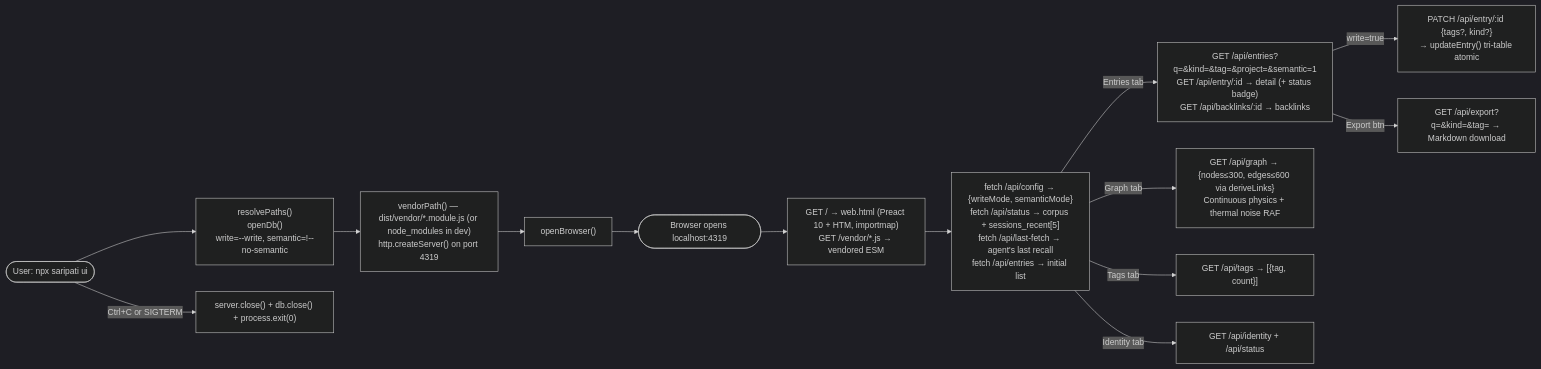
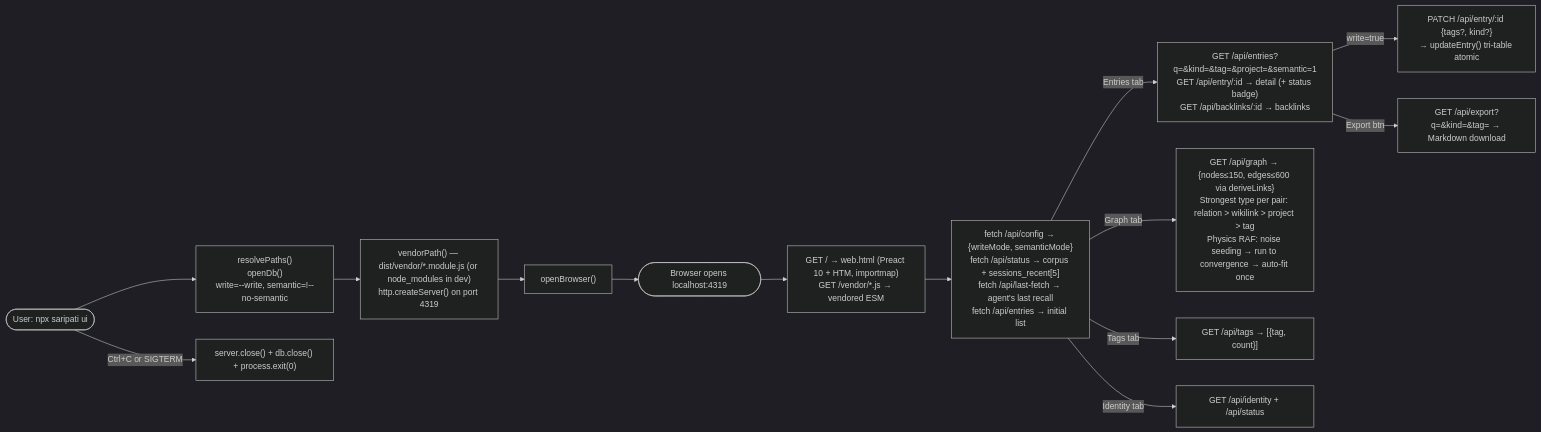
Before and after one commit to kyouscireul/saripati: the ninth of 9 diagrams in docs/lifecycle.md, drawn with Mermaid (dark theme). The commit also changed 9 other files, not shown here.

````diff
--- a/docs/lifecycle.md
+++ b/docs/lifecycle.md
@@ -241,18 +241,18 @@
 ```mermaid
 flowchart LR
     A([User: npx saripati ui]) --> B["resolvePaths()\nopenDb()\nwrite=--write, semantic=!--no-semantic"]
     B --> C["vendorPath() — dist/vendor/*.module.js (or node_modules in dev)\nhttp.createServer() on port 4319"]
     C --> D["openBrowser()"]
     D --> E([Browser opens localhost:4319])
     E --> F["GET / → web.html (Preact 10 + HTM, importmap)\nGET /vendor/*.js → vendored ESM"]
     F --> G["fetch /api/config → {writeMode, semanticMode}\nfetch /api/status → corpus + sessions_recent[5]\nfetch /api/last-fetch → agent's last recall\nfetch /api/entries → initial list"]
 
     G -->|Entries tab| H["GET /api/entries?q=&kind=&tag=&project=&semantic=1\nGET /api/entry/:id → detail (+ status badge)\nGET /api/backlinks/:id → backlinks"]
-    G -->|Graph tab| I["GET /api/graph → {nodes≤300, edges≤600 via deriveLinks}\nContinuous physics + thermal noise RAF"]
+    G -->|Graph tab| I["GET /api/graph → {nodes≤150, edges≤600 via deriveLinks}\nStrongest type per pair: relation > wikilink > project > tag\nPhysics RAF: noise seeding → run to convergence → auto-fit once"]
     G -->|Tags tab| J["GET /api/tags → [{tag, count}]"]
     G -->|Identity tab| K["GET /api/identity + /api/status"]
 
     H -->|write=true| L["PATCH /api/entry/:id {tags?, kind?}\n→ updateEntry() tri-table atomic"]
     H -->|Export btn| M["GET /api/export?q=&kind=&tag= → Markdown download"]
     A -->|Ctrl+C or SIGTERM| N["server.close() + db.close() + process.exit(0)"]
 ```
````
